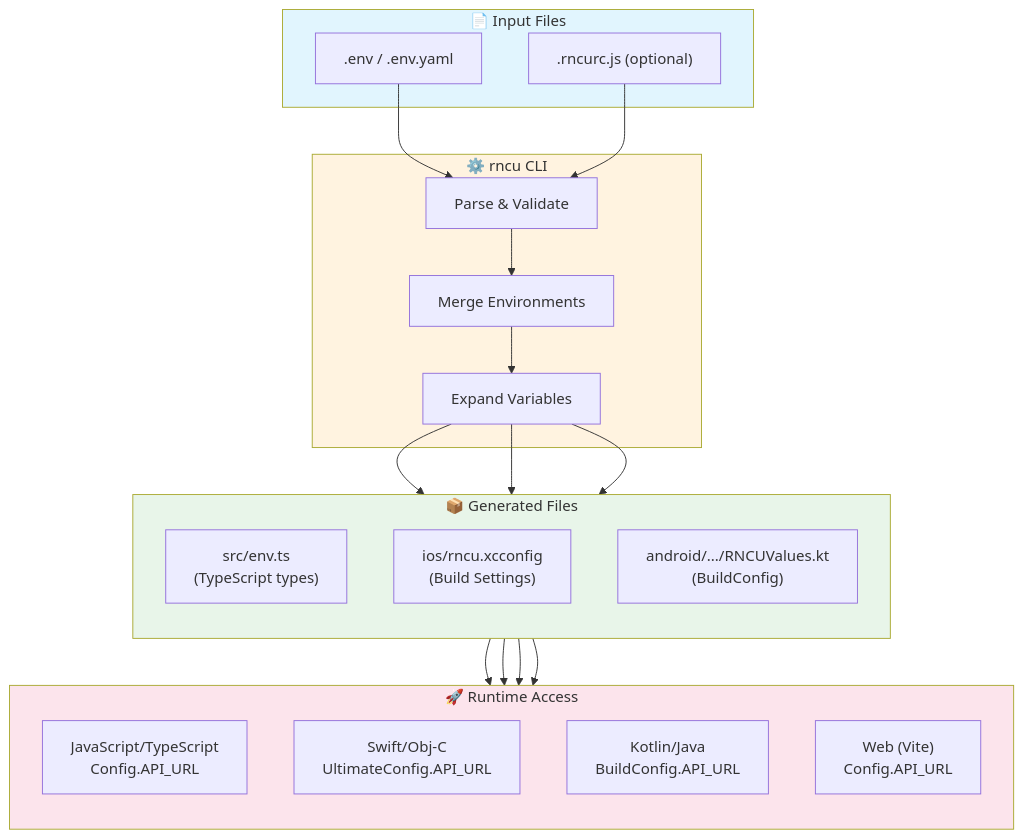
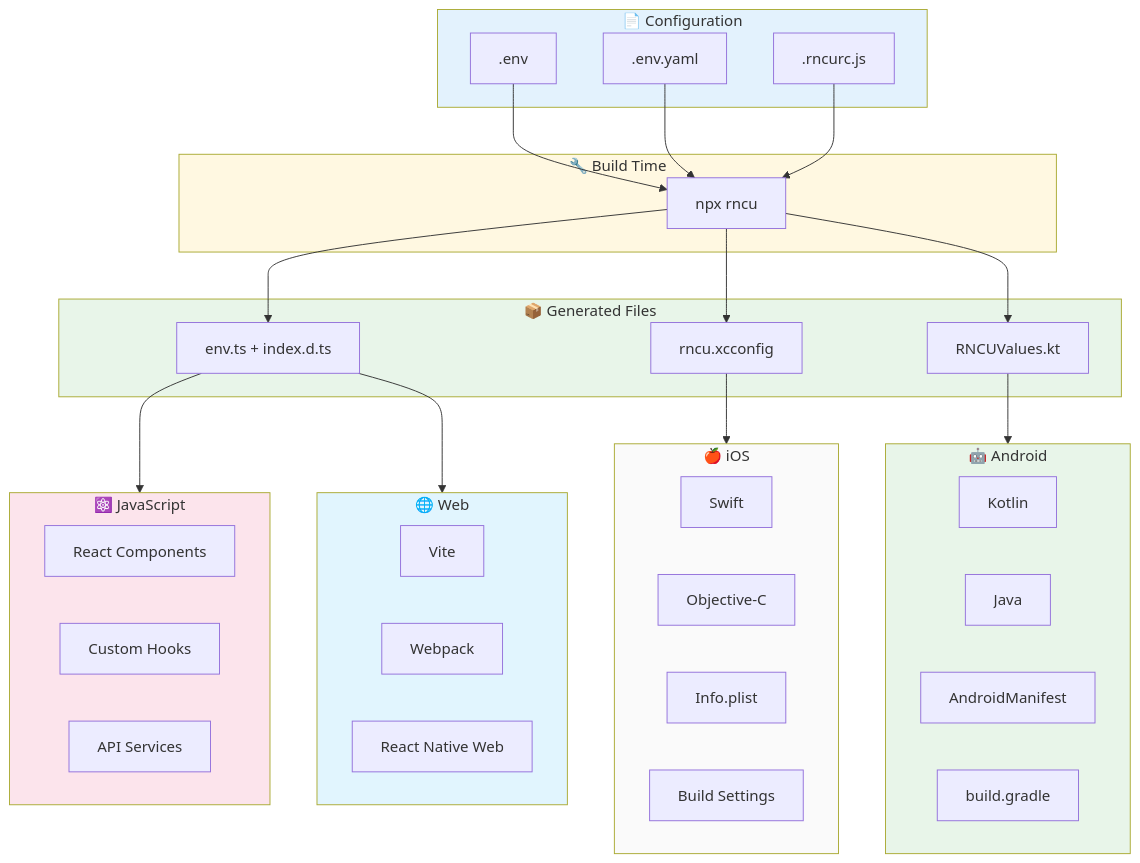
One commit to javier545dev/react-native-config-ultimate changed the first of 2 diagrams in docs/index.md. Above: the diagram before and after it, drawn with Mermaid. The commit also changed other lines of this file and 1 other file, not shown here.

Commit message:
docs: improve Mermaid diagrams with technology stack and usage flow
- Expand README diagram to show all platforms (iOS, Android, Web, JS)
- Add Technology Stack diagram showing supported frameworks and languages
- Show complete ecosystem: React Native, Expo, Vite, Webpack, Swift, Kotlin
- Highlight both Old and New Architecture support

````diff
--- a/docs/index.md
+++ b/docs/index.md
@@ -84,46 +84,66 @@
 ```mermaid
 flowchart TB
-    subgraph Input["📄 Input Files"]
-        ENV[".env / .env.yaml"]
-        SCHEMA[".rncurc.js (optional)"]
+    subgraph Config["📄 Configuration"]
+        ENV[".env"]
+        YAML[".env.yaml"]
+        SCHEMA[".rncurc.js"]
     end
 
-    subgraph CLI["⚙️ rncu CLI"]
-        PARSE["Parse & Validate"]
-        MERGE["Merge Environments"]
-        EXPAND["Expand Variables"]
+    subgraph Build["🔧 Build Time"]
+        CLI["npx rncu"]
     end
 
-    subgraph Output["📦 Generated Files"]
-        direction TB
-        TS["src/env.ts\n(TypeScript types)"]
-        IOS["ios/rncu.xcconfig\n(Build Settings)"]
-        ANDROID["android/.../RNCUValues.kt\n(BuildConfig)"]
+    subgraph Generated["📦 Generated Files"]
+        TS["env.ts + index.d.ts"]
+        XCCONFIG["rncu.xcconfig"]
+        KT["RNCUValues.kt"]
     end
 
-    subgraph Runtime["🚀 Runtime Access"]
-        direction TB
-        JS["JavaScript/TypeScript\nConfig.API_URL"]
-        SWIFT["Swift/Obj-C\nUltimateConfig.API_URL"]
-        KOTLIN["Kotlin/Java\nBuildConfig.API_URL"]
-        WEB["Web (Vite)\nConfig.API_URL"]
+    subgraph iOS["🍎 iOS"]
+        SWIFT["Swift"]
+        OBJC["Objective-C"]
+        PLIST["Info.plist"]
+        XCODE["Build Settings"]
     end
 
-    ENV --> PARSE
-    SCHEMA --> PARSE
-    PARSE --> MERGE
-    MERGE --> EXPAND
-    EXPAND --> TS
-    EXPAND --> IOS
-    EXPAND --> ANDROID
+    subgraph Android["🤖 Android"]
+        KOTLIN["Kotlin"]
+        JAVA["Java"]
+        MANIFEST["AndroidManifest"]
+        GRADLE["build.gradle"]
+    end
+
+    subgraph Web["🌐 Web"]
+        VITE["Vite"]
+        WEBPACK["Webpack"]
+        RNW["React Native Web"]
+    end
+
+    subgraph JS["⚛️ JavaScript"]
+        REACT["React Components"]
+        HOOKS["Custom Hooks"]
+        SERVICES["API Services"]
+    end
+
+    ENV --> CLI
+    YAML --> CLI
+    SCHEMA --> CLI
+
+    CLI --> TS
+    CLI --> XCCONFIG
+    CLI --> KT
 
     TS --> JS
-    TS --> WEB
-    IOS --> SWIFT
-    ANDROID --> KOTLIN
+    TS --> Web
 
-    style Input fill:#e1f5fe
-    style CLI fill:#fff3e0
-    style Output fill:#e8f5e9
-    style Runtime fill:#fce4ec
+    XCCONFIG --> iOS
+    KT --> Android
+
+    style Config fill:#e3f2fd
+    style Build fill:#fff8e1
+    style Generated fill:#e8f5e9
+    style iOS fill:#fafafa
+    style Android fill:#e8f5e9
+    style Web fill:#e1f5fe
+    style JS fill:#fce4ec
 ```
````
